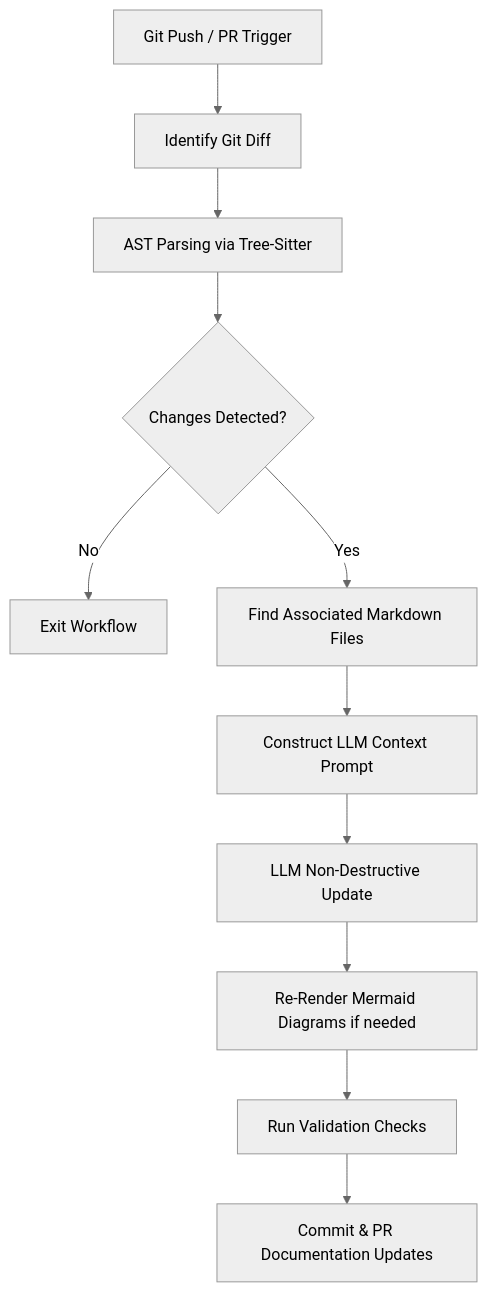
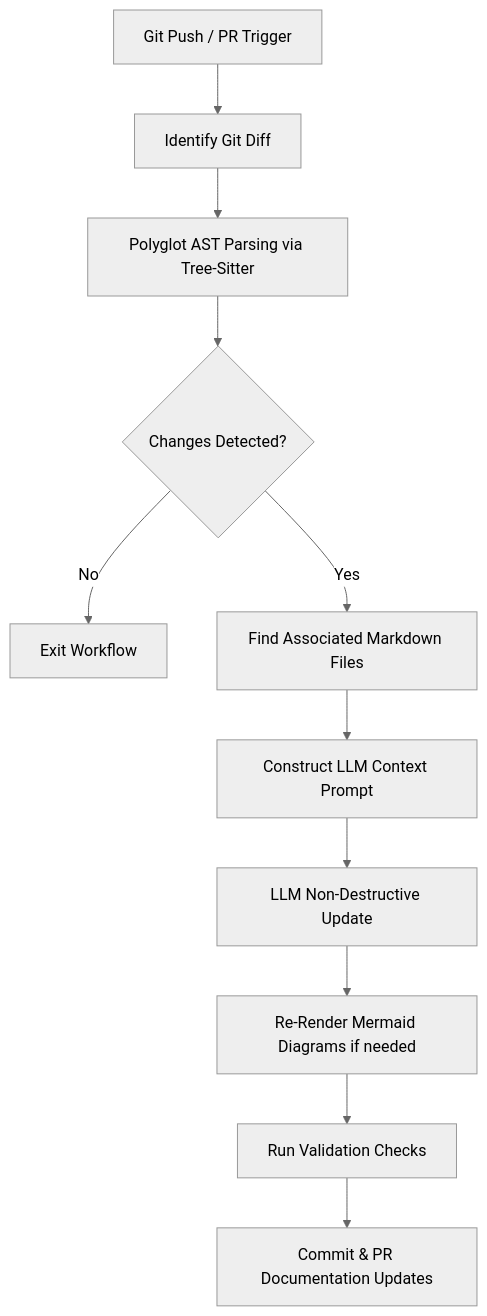
Before and after one commit to Dhia-Bechattaoui/docuflow: the diagram in .agents/workflows/auto-document.md, drawn with Mermaid (neutral theme). The commit also changed other lines of this file and 10 other files, not shown here.

````diff
--- a/.agents/workflows/auto-document.md
+++ b/.agents/workflows/auto-document.md
@@ -9,13 +9,13 @@
 ```mermaid
 graph TD
     A[Git Push / PR Trigger] --> B[Identify Git Diff]
-    B --> C[AST Parsing via Tree-Sitter]
+    B --> C[Polyglot AST Parsing via Tree-Sitter]
     C --> D{Changes Detected?}
     D -- No --> E[Exit Workflow]
     D -- Yes --> F[Find Associated Markdown Files]
     F --> G[Construct LLM Context Prompt]
     G --> H[LLM Non-Destructive Update]
     H --> I[Re-Render Mermaid Diagrams if needed]
     I --> J[Run Validation Checks]
     J --> K[Commit & PR Documentation Updates]
 ```
````
